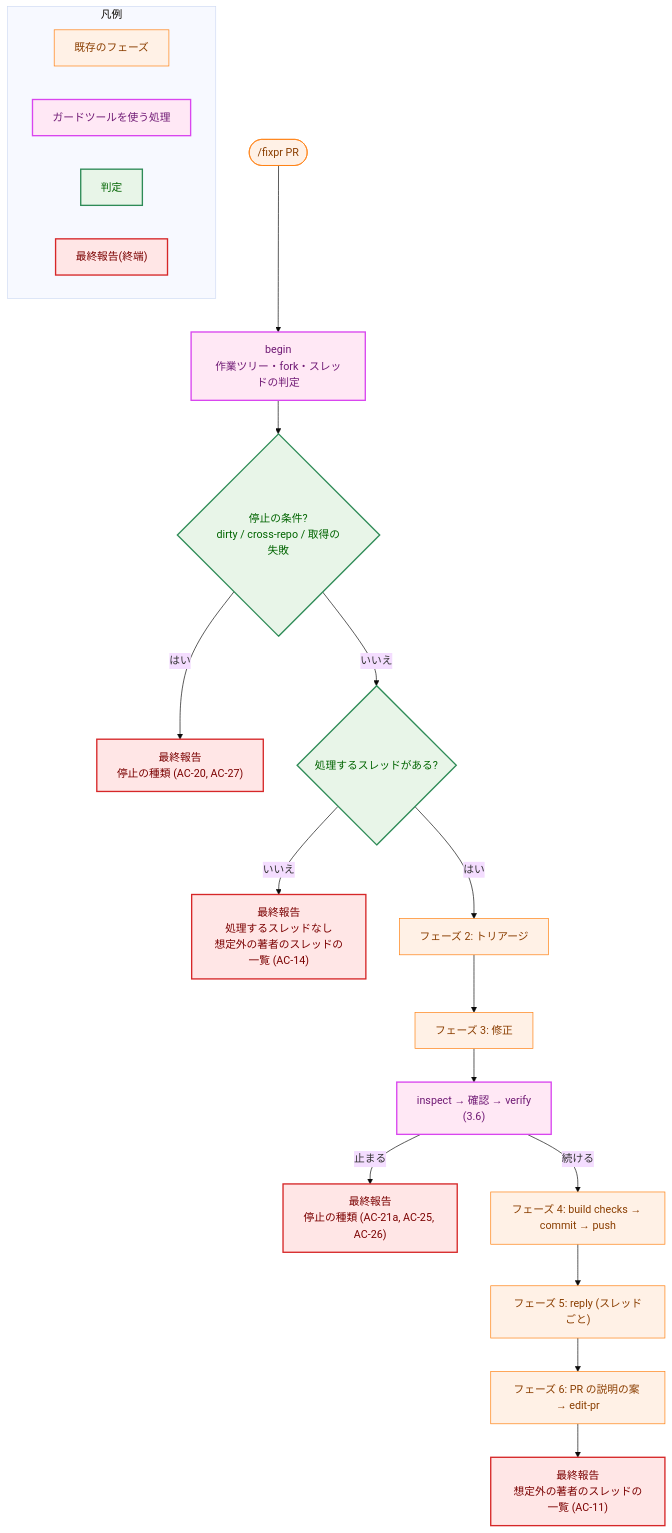
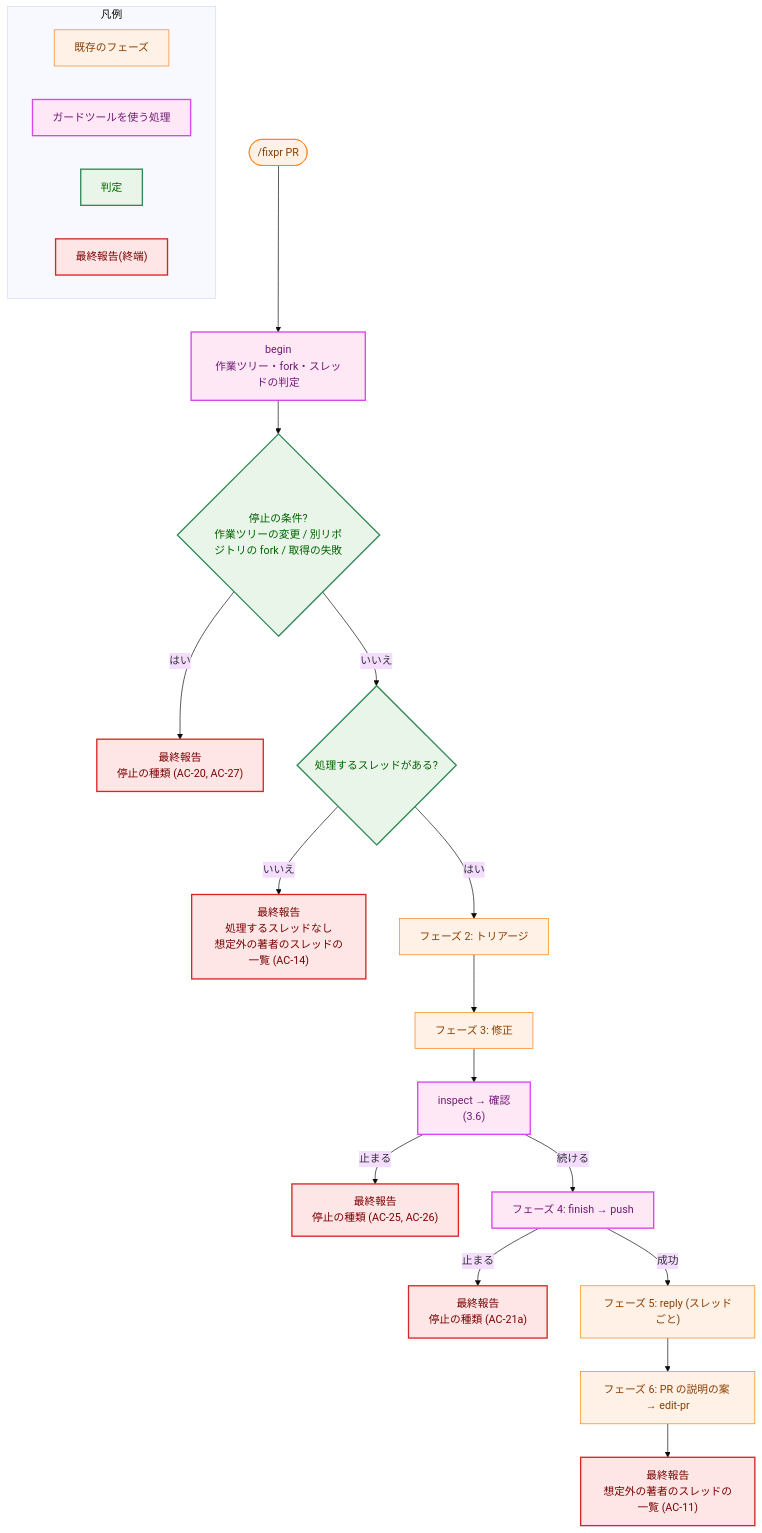
Before and after one commit to isseis/yt2column: the sixth of 7 diagrams in docs/tasks/0030_fixpr_untrusted_threads/02_architecture.md, drawn with Mermaid (base theme). The commit also changed other lines of this file, not shown here.

First line of the commit message:
docs(0030): revise the architecture after panel review and prose pass

````diff
--- a/docs/tasks/0030_fixpr_untrusted_threads/02_architecture.md
+++ b/docs/tasks/0030_fixpr_untrusted_threads/02_architecture.md
@@ -722,37 +841,38 @@
 ```mermaid
 flowchart TD
     classDef process fill:#fff1e6,stroke:#ff7f0e,stroke-width:1px,color:#8a3e00;
     classDef enhanced fill:#e8f5e8,stroke:#2e8b57,stroke-width:2px,color:#006400;
     classDef newpkg fill:#ffe8f5,stroke:#d946ef,stroke-width:2px,color:#701a75;
     classDef problem fill:#ffe6e6,stroke:#d62728,stroke-width:2px,color:#7b0000;
 
     S(["/fixpr PR"]) --> BG["begin<br>作業ツリー・fork・スレッドの判定"]
-    BG --> BS{"停止の条件?<br>dirty / cross-repo / 取得の失敗"}
+    BG --> BS{"停止の条件?<br>作業ツリーの変更 / 別リポジトリの fork / 取得の失敗"}
     BS -->|"はい"| RPT0["最終報告<br>停止の種類 (AC-20, AC-27)"]
     BS -->|"いいえ"| PR{"処理するスレッドがある?"}
     PR -->|"いいえ"| RPT1["最終報告<br>処理するスレッドなし<br>想定外の著者のスレッドの一覧 (AC-14)"]
     PR -->|"はい"| TR["フェーズ 2: トリアージ"]
     TR --> FX["フェーズ 3: 修正"]
-    FX --> GATE["inspect → 確認 → verify<br>(3.6)"]
-    GATE -->|"止まる"| RPT2["最終報告<br>停止の種類 (AC-21a, AC-25, AC-26)"]
-    GATE -->|"続ける"| BD["フェーズ 4: build checks → commit → push"]
-    BD --> RP["フェーズ 5: reply (スレッドごと)"]
+    FX --> GATE["inspect → 確認<br>(3.6)"]
+    GATE -->|"止まる"| RPT2["最終報告<br>停止の種類 (AC-25, AC-26)"]
+    GATE -->|"続ける"| BD["フェーズ 4: finish → push"]
+    BD -->|"止まる"| RPT4["最終報告<br>停止の種類 (AC-21a)"]
+    BD -->|"成功"| RP["フェーズ 5: reply (スレッドごと)"]
     RP --> PD["フェーズ 6: PR の説明の案 → edit-pr"]
     PD --> RPT3["最終報告<br>想定外の著者のスレッドの一覧 (AC-11)"]
 
-    class S,TR,FX,BD,RP,PD process
-    class BG,GATE newpkg
+    class S,TR,FX,RP,PD process
+    class BG,GATE,BD newpkg
     class BS,PR enhanced
-    class RPT0,RPT1,RPT2,RPT3 problem
+    class RPT0,RPT1,RPT2,RPT3,RPT4 problem
 
     subgraph Legend["凡例"]
         LG1["既存のフェーズ"]
         LG2["ガードツールを使う処理"]
         LG3["判定"]
         LG4["最終報告(終端)"]
     end
     class LG1 process
     class LG2 newpkg
     class LG3 enhanced
     class LG4 problem
 ```
````
